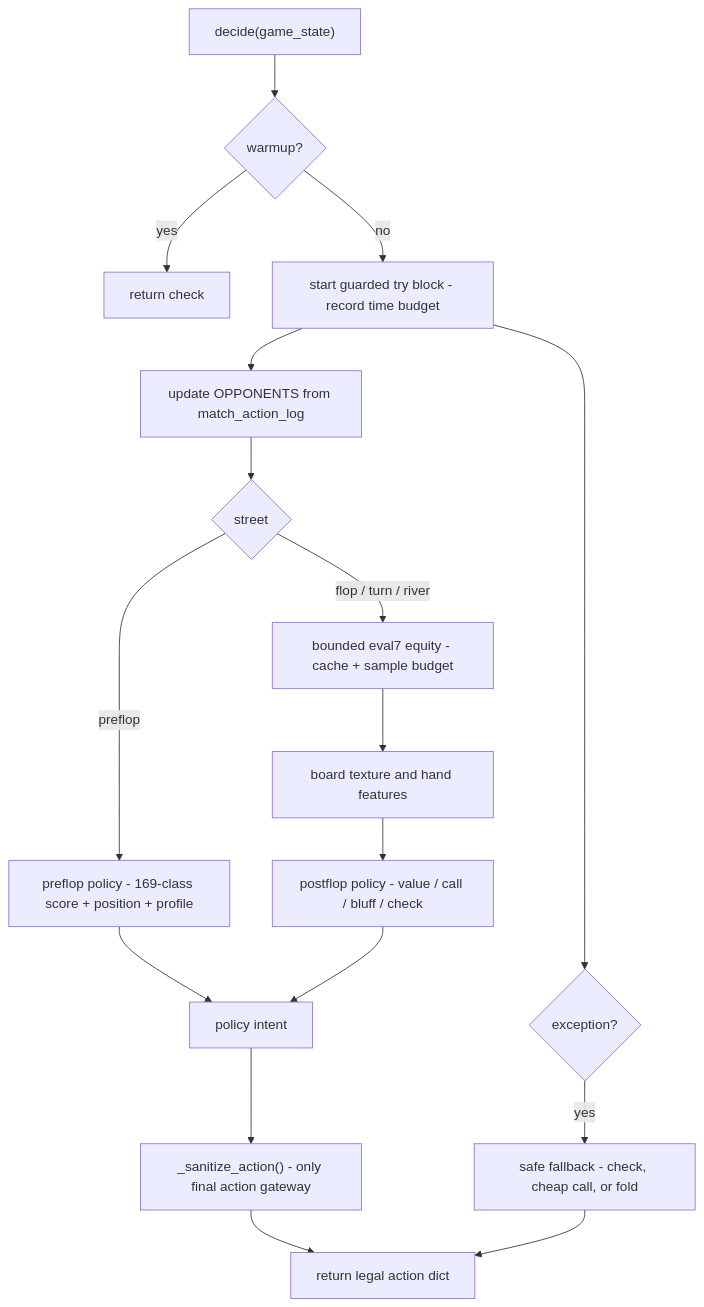
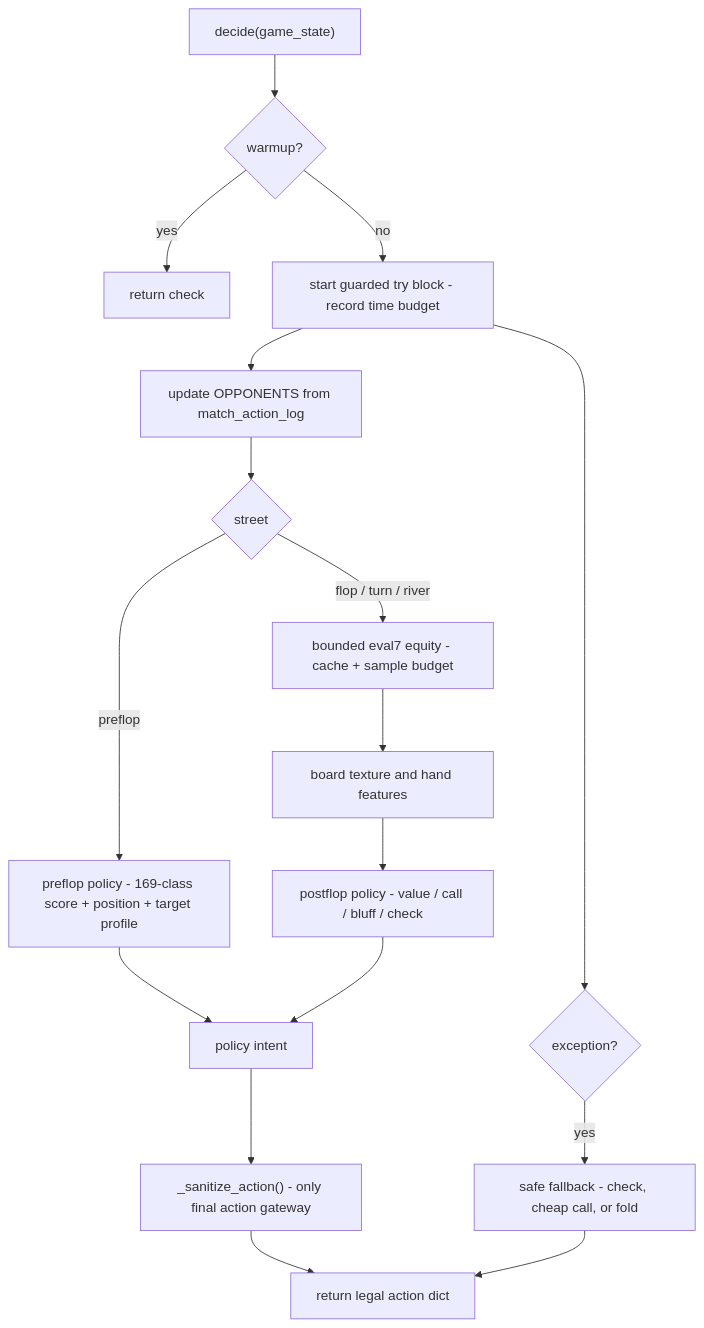
Before and after one commit to kosunghun317/fullhouse-engine: the first of 3 diagrams in docs/heuristic-bot-logic.md, drawn with Mermaid. The commit also changed other lines of this file and 9 other files, not shown here.

````diff
--- a/docs/heuristic-bot-logic.md
+++ b/docs/heuristic-bot-logic.md
@@ -51,19 +52,19 @@
 ```mermaid
 graph TD
     Start["decide(game_state)"] --> Warmup{"warmup?"}
     Warmup -->|yes| WarmupAction["return check"]
     Warmup -->|no| Try["start guarded try block - record time budget"]
     Try --> Memory["update OPPONENTS from match_action_log"]
     Memory --> Street{"street"}
-    Street -->|preflop| Preflop["preflop policy - 169-class score + position + profile"]
+    Street -->|preflop| Preflop["preflop policy - 169-class score + position + target profile"]
     Street -->|flop / turn / river| Equity["bounded eval7 equity - cache + sample budget"]
     Equity --> Features["board texture and hand features"]
     Features --> Postflop["postflop policy - value / call / bluff / check"]
     Preflop --> Intent["policy intent"]
     Postflop --> Intent
     Intent --> Sanitize["_sanitize_action() - only final action gateway"]
     Sanitize --> Return["return legal action dict"]
     Try --> Error{"exception?"}
     Error -->|yes| Fallback["safe fallback - check, cheap call, or fold"]
     Fallback --> Return
 ```
````
